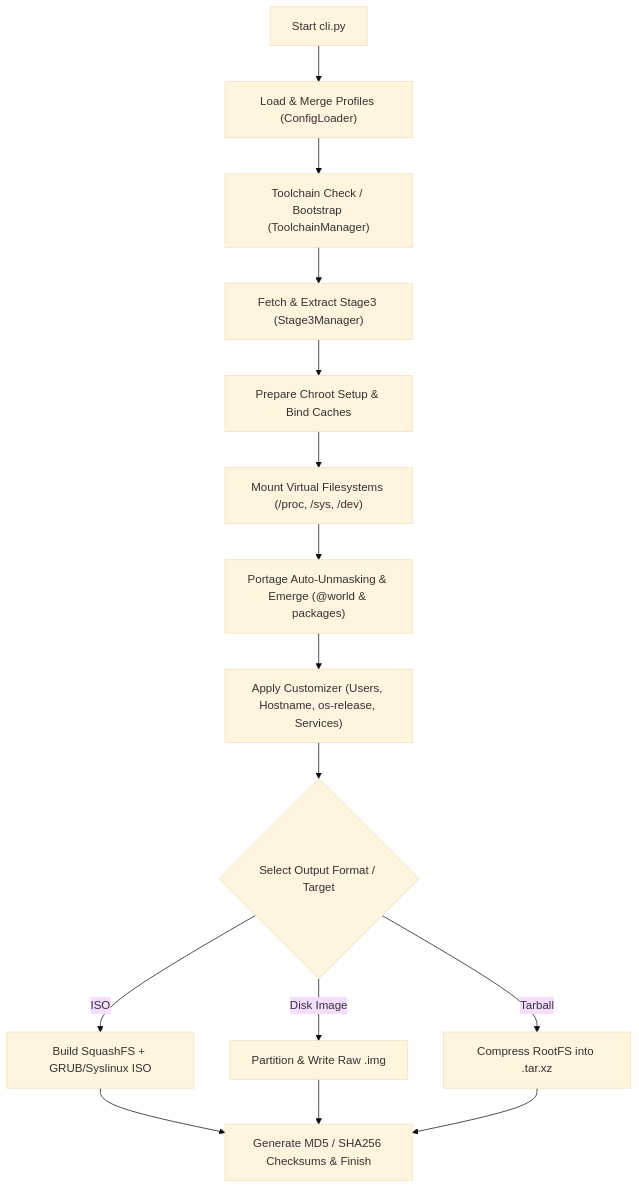
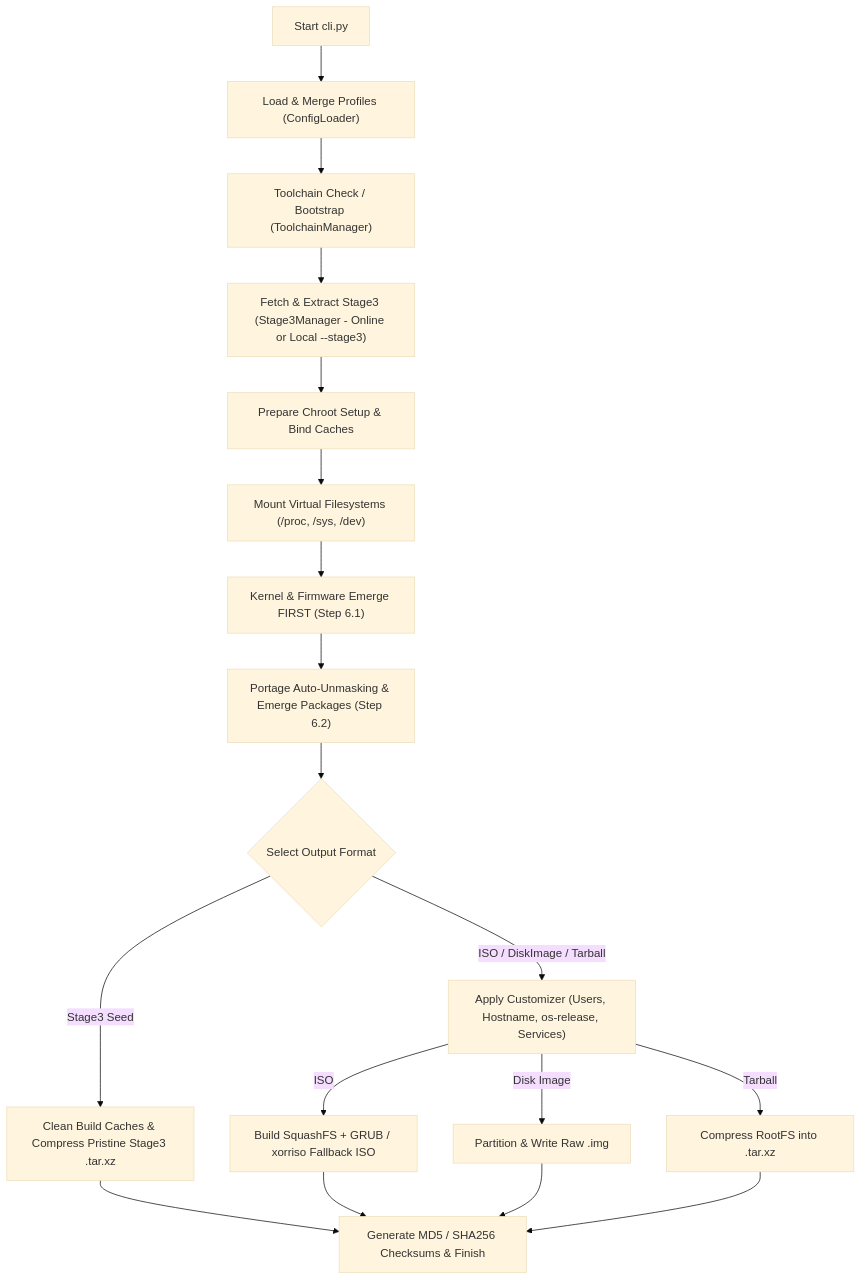
One commit to acoroslinux/gentoo-builder changed the diagram in docs/architecture.md. Above: the diagram before and after it, drawn with Mermaid (base theme). The commit also changed other lines of this file and 38 other files, not shown here.

First line of the commit message:
feat: add stage3 seed output format and custom stage3 input support

````diff
--- a/docs/architecture.md
+++ b/docs/architecture.md
@@ -42,17 +42,20 @@
 ```mermaid
 graph TD
     A["Start cli.py"] --> B["Load & Merge Profiles (ConfigLoader)"]
     B --> C["Toolchain Check / Bootstrap (ToolchainManager)"]
-    C --> D["Fetch & Extract Stage3 (Stage3Manager)"]
+    C --> D["Fetch & Extract Stage3 (Stage3Manager - Online or Local --stage3)"]
     D --> E["Prepare Chroot Setup & Bind Caches"]
     E --> F["Mount Virtual Filesystems (/proc, /sys, /dev)"]
-    F --> G["Portage Auto-Unmasking & Emerge (@world & packages)"]
-    G --> H["Apply Customizer (Users, Hostname, os-release, Services)"]
-    H --> I{"Select Output Format / Target"}
-    I -->|ISO| J["Build SquashFS + GRUB/Syslinux ISO"]
-    I -->|Disk Image| K["Partition & Write Raw .img"]
-    I -->|Tarball| L["Compress RootFS into .tar.xz"]
-    J --> M["Generate MD5 / SHA256 Checksums & Finish"]
-    K --> M
-    L --> M
+    F --> G["Kernel & Firmware Emerge FIRST (Step 6.1)"]
+    G --> H["Portage Auto-Unmasking & Emerge Packages (Step 6.2)"]
+    H --> I{"Select Output Format"}
+    I -->|Stage3 Seed| J["Clean Build Caches & Compress Pristine Stage3 .tar.xz"]
+    I -->|ISO / DiskImage / Tarball| K["Apply Customizer (Users, Hostname, os-release, Services)"]
+    K -->|ISO| L["Build SquashFS + GRUB / xorriso Fallback ISO"]
+    K -->|Disk Image| M["Partition & Write Raw .img"]
+    K -->|Tarball| N["Compress RootFS into .tar.xz"]
+    J --> O["Generate MD5 / SHA256 Checksums & Finish"]
+    L --> O
+    M --> O
+    N --> O
 ```
````
